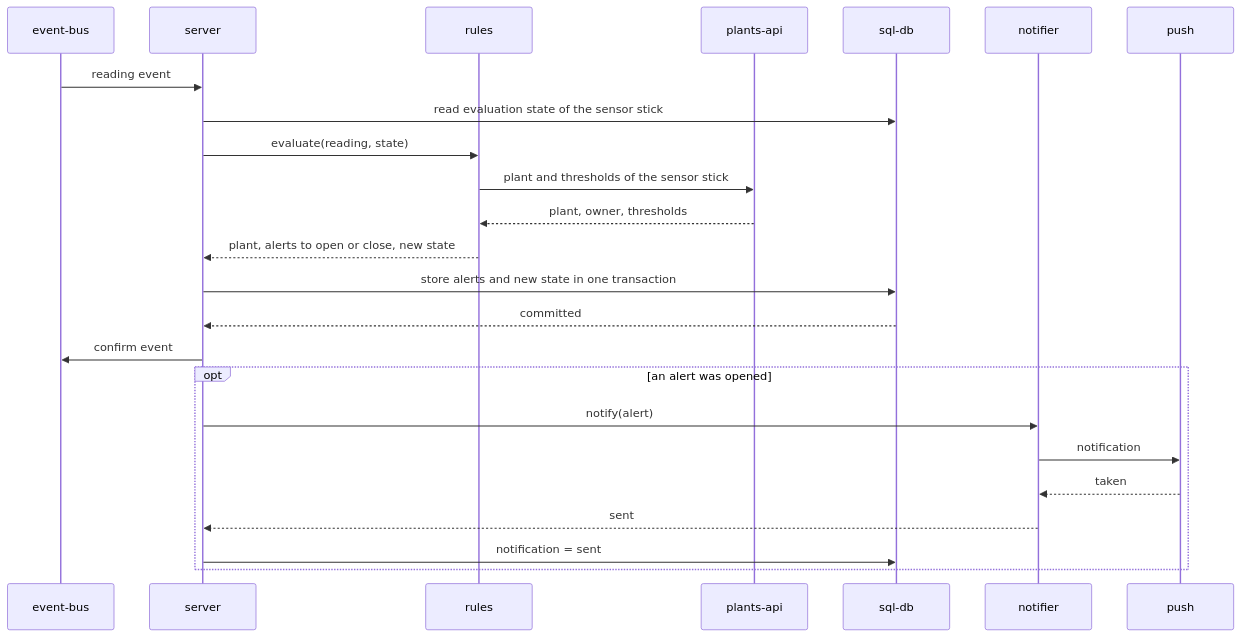
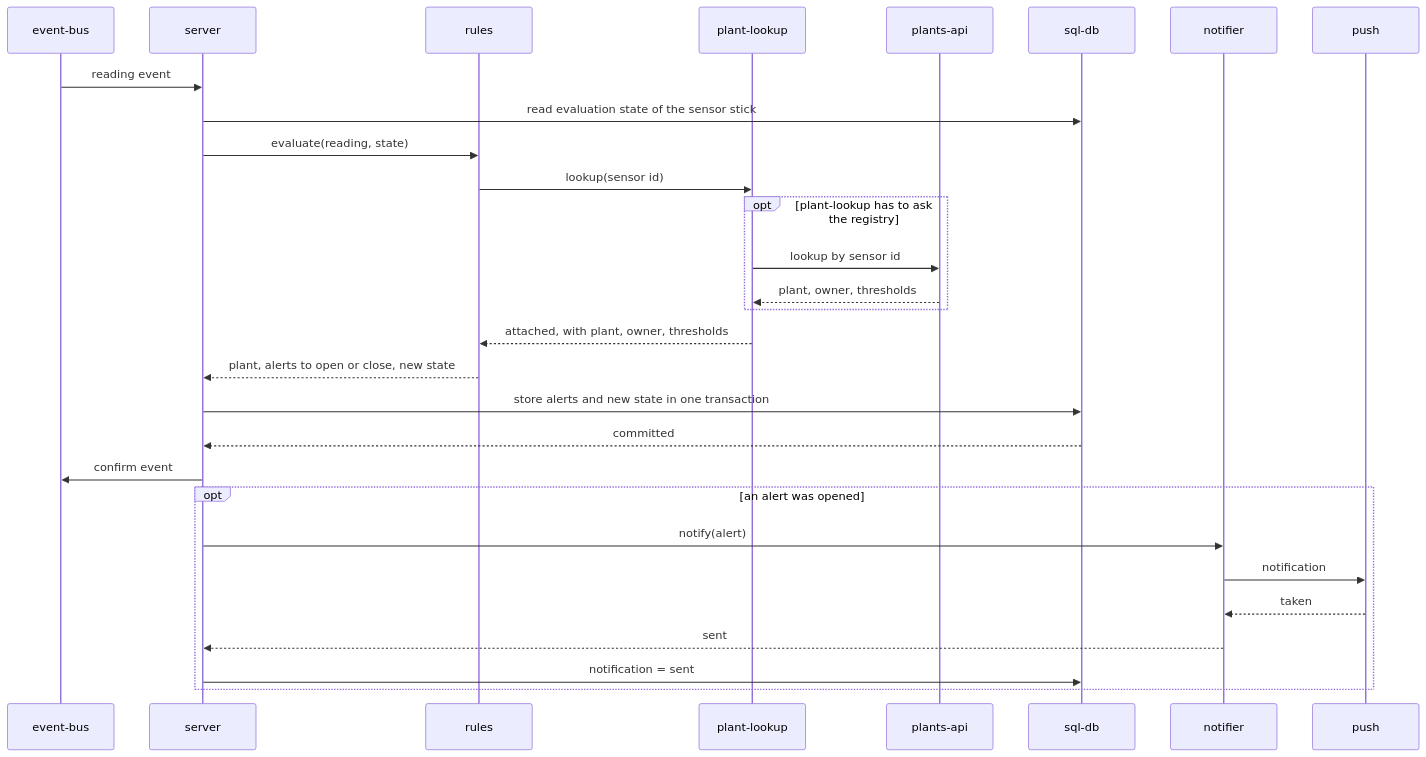
The third of 3 diagrams in examples/plantwatch/cloud/services/alerts/doc/architecture.md (wackazong/unifold), drawn with Mermaid before and after one commit. The commit also changed other lines of this file and 330 other files, not shown here.

````diff
--- a/examples/plantwatch/cloud/services/alerts/doc/architecture.md
+++ b/examples/plantwatch/cloud/services/alerts/doc/architecture.md
@@ -93,26 +98,31 @@
 ```mermaid
 sequenceDiagram
     participant B as event-bus
     participant S as server
     participant R as rules
+    participant L as plant-lookup
     participant P as plants-api
     participant D as sql-db
     participant N as notifier
     participant U as push
     B->>S: reading event
     S->>D: read evaluation state of the sensor stick
     S->>R: evaluate(reading, state)
-    R->>P: plant and thresholds of the sensor stick
-    P-->>R: plant, owner, thresholds
+    R->>L: lookup(sensor id)
+    opt plant-lookup has to ask the registry
+        L->>P: lookup by sensor id
+        P-->>L: plant, owner, thresholds
+    end
+    L-->>R: attached, with plant, owner, thresholds
     R-->>S: plant, alerts to open or close, new state
     S->>D: store alerts and new state in one transaction
     D-->>S: committed
     S->>B: confirm event
     opt an alert was opened
         S->>N: notify(alert)
         N->>U: notification
         U-->>N: taken
         N-->>S: sent
         S->>D: notification = sent
     end
 ```
````
